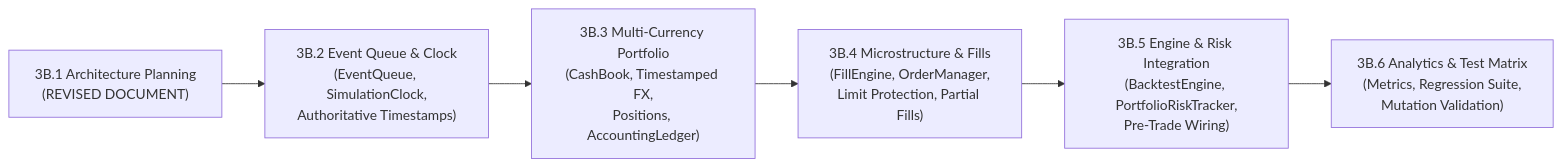
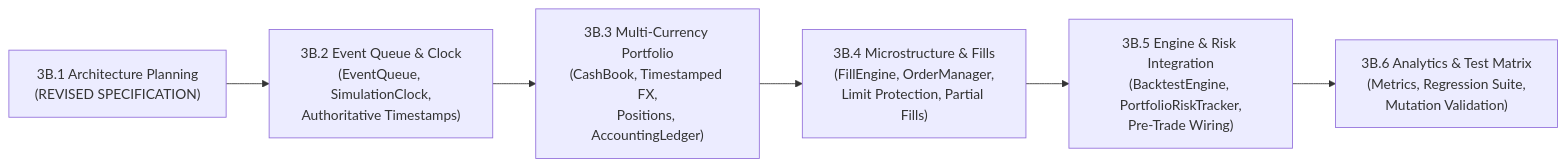
Before and after one commit to Yokaham/hybrid-ai-trading-agent: the third of 3 diagrams in docs/BACKTEST_ENGINE_ARCHITECTURE.md, drawn with Mermaid. The commit also changed other lines of this file, not shown here.

Commit message:
docs(milestone-3b): resolve event-time ordering, accounting reconciliation, and domain wrappers

````diff
--- a/docs/BACKTEST_ENGINE_ARCHITECTURE.md
+++ b/docs/BACKTEST_ENGINE_ARCHITECTURE.md
@@ -430,8 +507,8 @@
 ```mermaid
 flowchart LR
-    S1["3B.1 Architecture Planning\n(REVISED DOCUMENT)"] --> S2["3B.2 Event Queue & Clock\n(EventQueue, SimulationClock,\nAuthoritative Timestamps)"]
+    S1["3B.1 Architecture Planning\n(REVISED SPECIFICATION)"] --> S2["3B.2 Event Queue & Clock\n(EventQueue, SimulationClock,\nAuthoritative Timestamps)"]
     S2 --> S3["3B.3 Multi-Currency Portfolio\n(CashBook, Timestamped FX,\nPositions, AccountingLedger)"]
     S3 --> S4["3B.4 Microstructure & Fills\n(FillEngine, OrderManager,\nLimit Protection, Partial Fills)"]
     S4 --> S5["3B.5 Engine & Risk Integration\n(BacktestEngine, PortfolioRiskTracker,\nPre-Trade Wiring)"]
     S5 --> S6["3B.6 Analytics & Test Matrix\n(Metrics, Regression Suite,\nMutation Validation)"]
 ```
````
